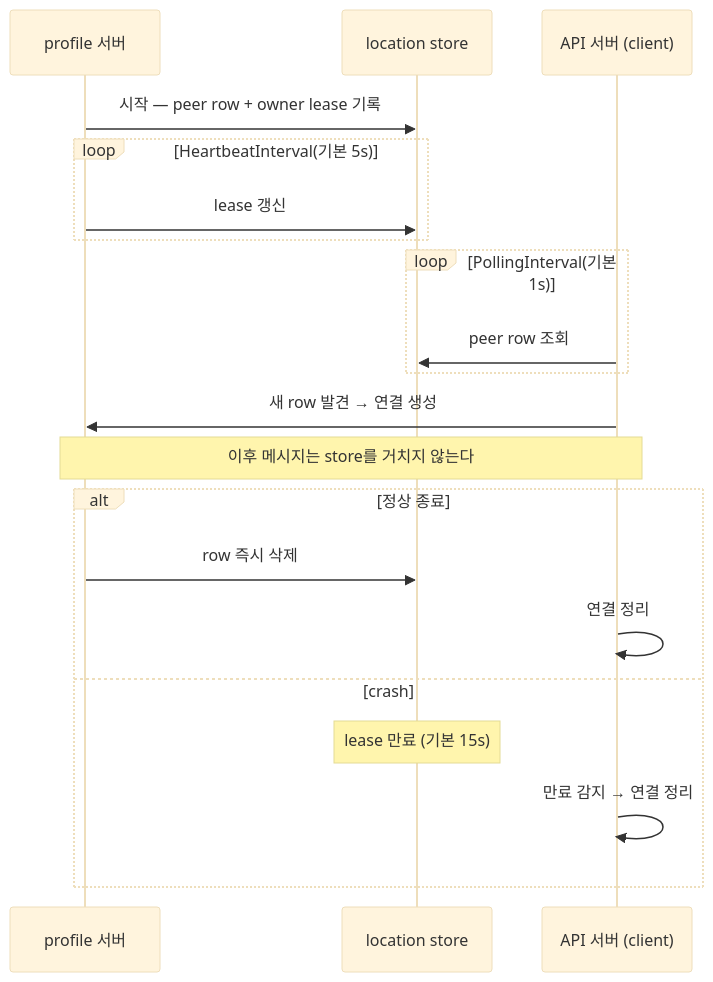
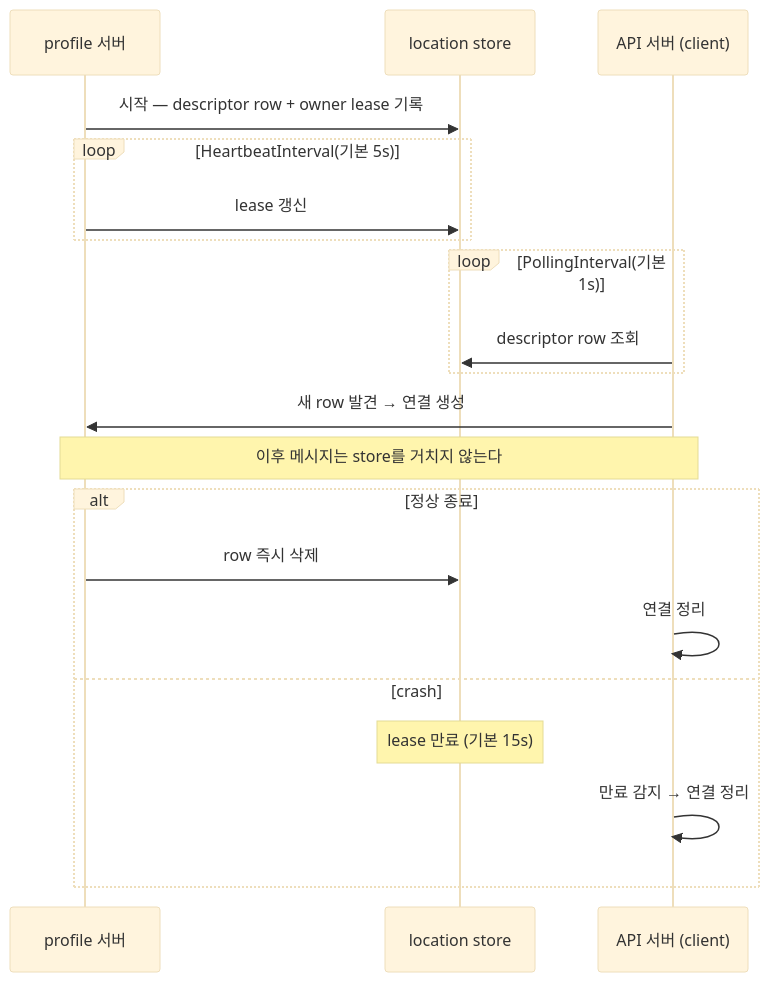
The second of 3 diagrams in framework/doc/framework/dotnet/guide/10-location.ko.md (kairos-code-dev/zlink), drawn with Mermaid (base theme) before and after one commit. The commit also changed other lines of this file and 7 other files, not shown here.

````diff
--- a/framework/doc/framework/dotnet/guide/10-location.ko.md
+++ b/framework/doc/framework/dotnet/guide/10-location.ko.md
@@ -93,22 +93,22 @@
 ```mermaid
 sequenceDiagram
     participant S as profile 서버
     participant ST as location store
     participant C as API 서버 (client)
-    S->>ST: 시작 — peer row + owner lease 기록
+    S->>ST: 시작 — descriptor row + owner lease 기록
     loop HeartbeatInterval(기본 5s)
         S->>ST: lease 갱신
     end
     loop PollingInterval(기본 1s)
-        C->>ST: peer row 조회
+        C->>ST: descriptor row 조회
     end
     C->>S: 새 row 발견 → 연결 생성
     Note over C,S: 이후 메시지는 store를 거치지 않는다
     alt 정상 종료
         S->>ST: row 즉시 삭제
         C->>C: 연결 정리
     else crash
         Note over ST: lease 만료 (기본 15s)
         C->>C: 만료 감지 → 연결 정리
     end
 ```
````
